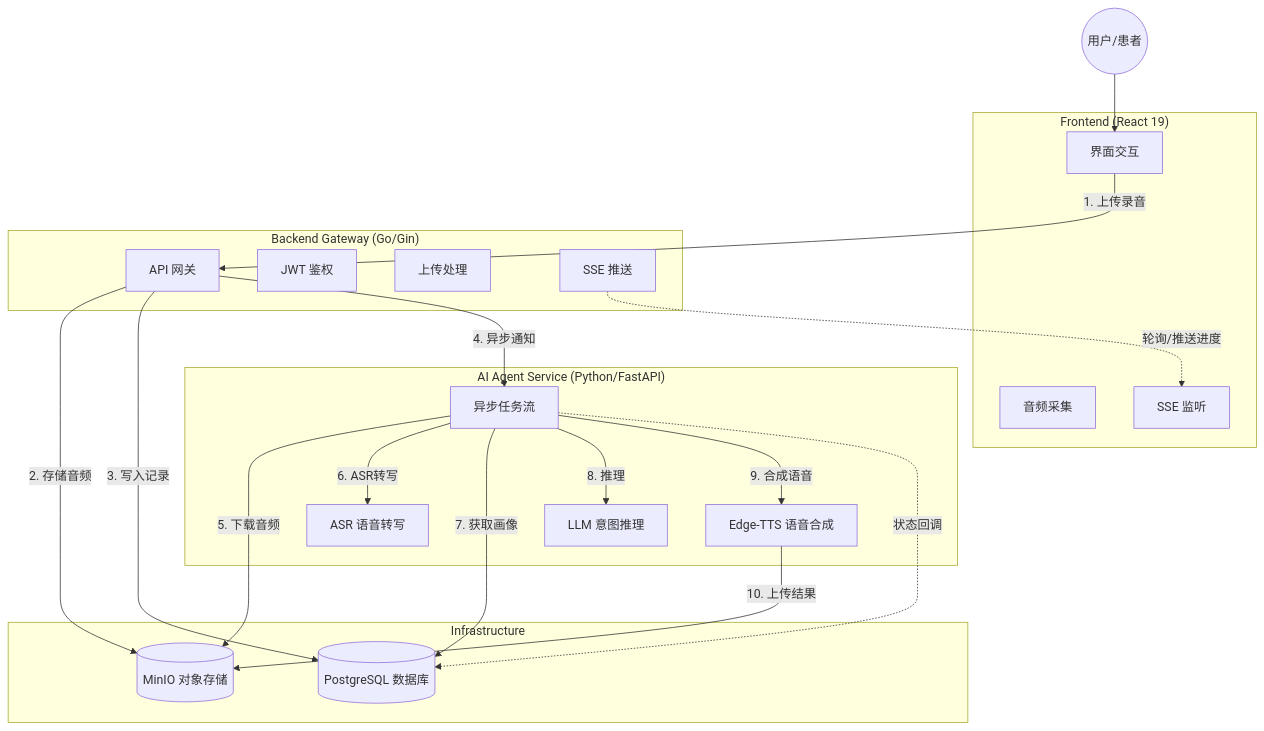
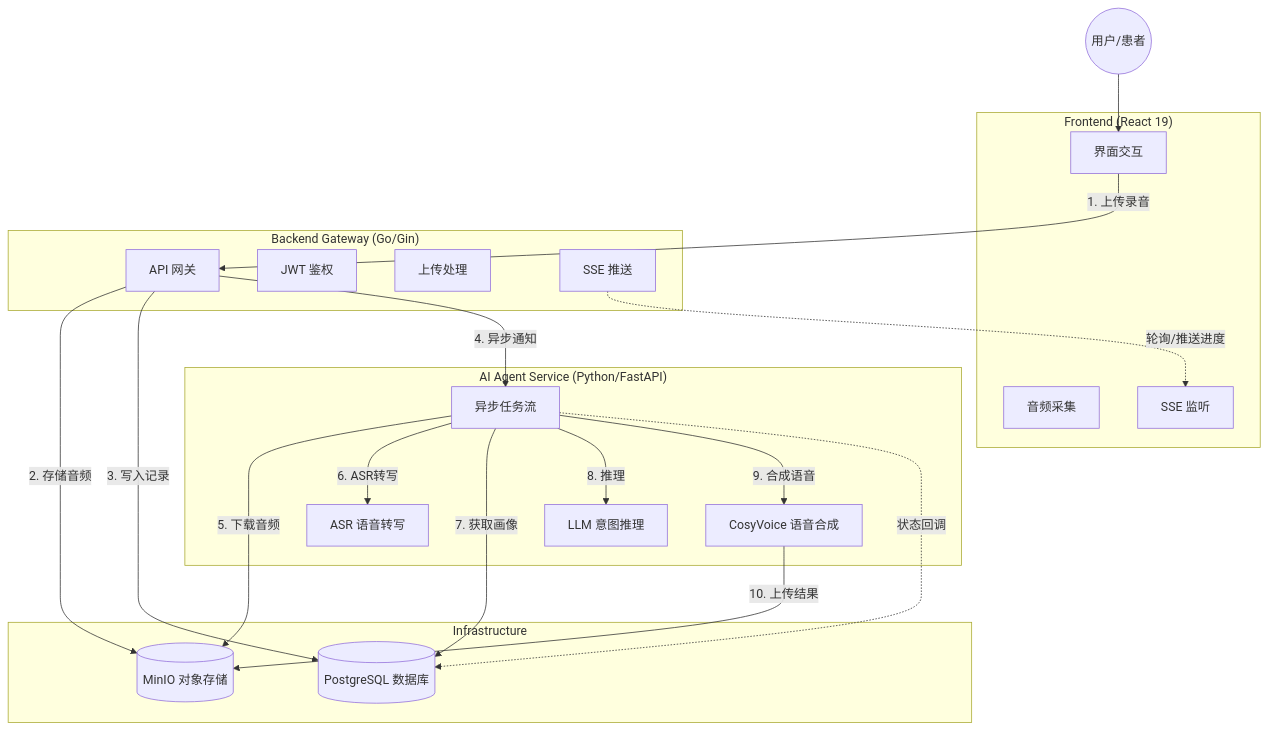
Before and after one commit to double-god/VoiceBridge-AI: the diagram in README.md, drawn with Mermaid. The commit also changed other lines of this file, not shown here.

Commit message:
文档: 修正 TTS 引擎为 CosyVoice (非 Edge-TTS)

````diff
--- a/README.md
+++ b/README.md
@@ -61,45 +61,45 @@
 ```mermaid
 graph TD
     User((用户/患者))
 
     subgraph "Frontend (React 19)"
         UI[界面交互]
         Recorder[音频采集]
         SSE_Client[SSE 监听]
     end
 
     subgraph "Backend Gateway (Go/Gin)"
         API[API 网关]
         Auth[JWT 鉴权]
         Upload[上传处理]
         SSE_Server[SSE 推送]
     end
 
     subgraph "Infrastructure"
         MinIO[(MinIO 对象存储)]
         Postgres[(PostgreSQL 数据库)]
     end
 
     subgraph "AI Agent Service (Python/FastAPI)"
         Pipeline[异步任务流]
         Whisper[ASR 语音转写]
         LLM[LLM 意图推理]
-        TTS[Edge-TTS 语音合成]
+        TTS[CosyVoice 语音合成]
     end
 
     User --> UI
     UI -->|1. 上传录音| API
     API -->|2. 存储音频| MinIO
     API -->|3. 写入记录| Postgres
     API -->|4. 异步通知| Pipeline
 
     Pipeline -->|5. 下载音频| MinIO
     Pipeline -->|6. ASR转写| Whisper
     Pipeline -->|7. 获取画像| Postgres
     Pipeline -->|8. 推理| LLM
     Pipeline -->|9. 合成语音| TTS
     TTS -->|10. 上传结果| MinIO
 
     Pipeline -.->|状态回调| Postgres
     SSE_Server -.->|轮询/推送进度| SSE_Client
 ```
````
